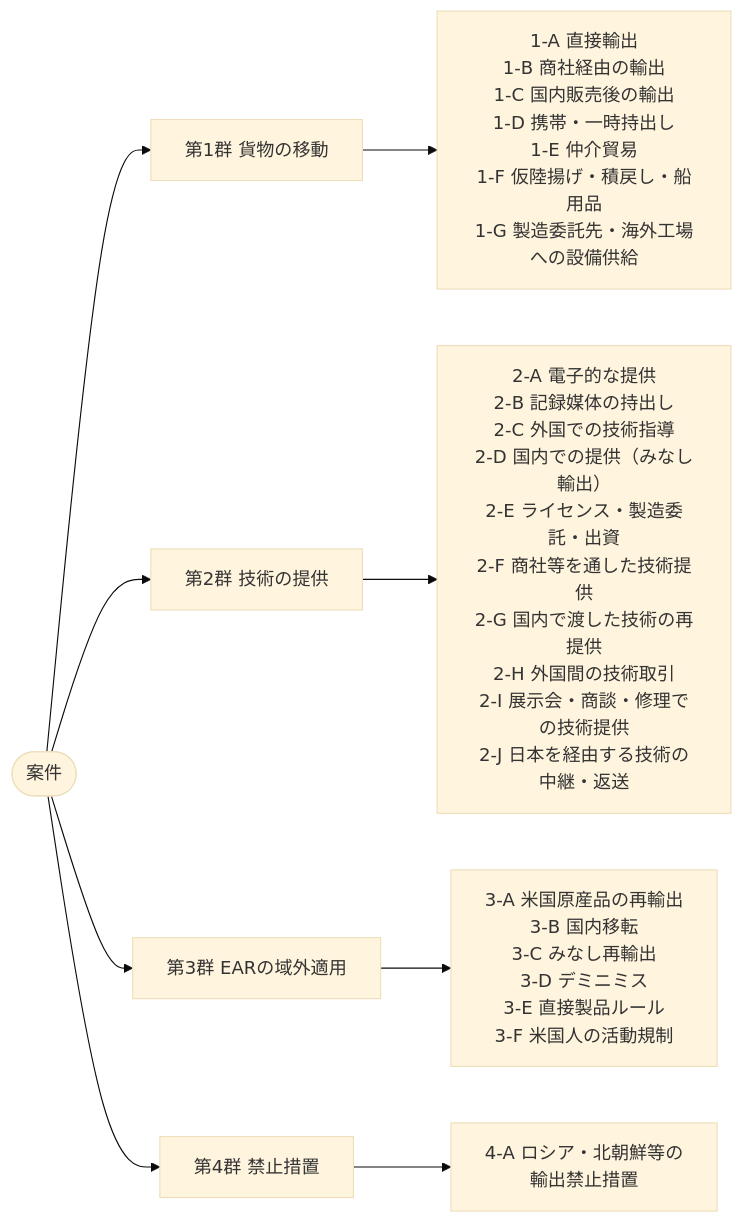
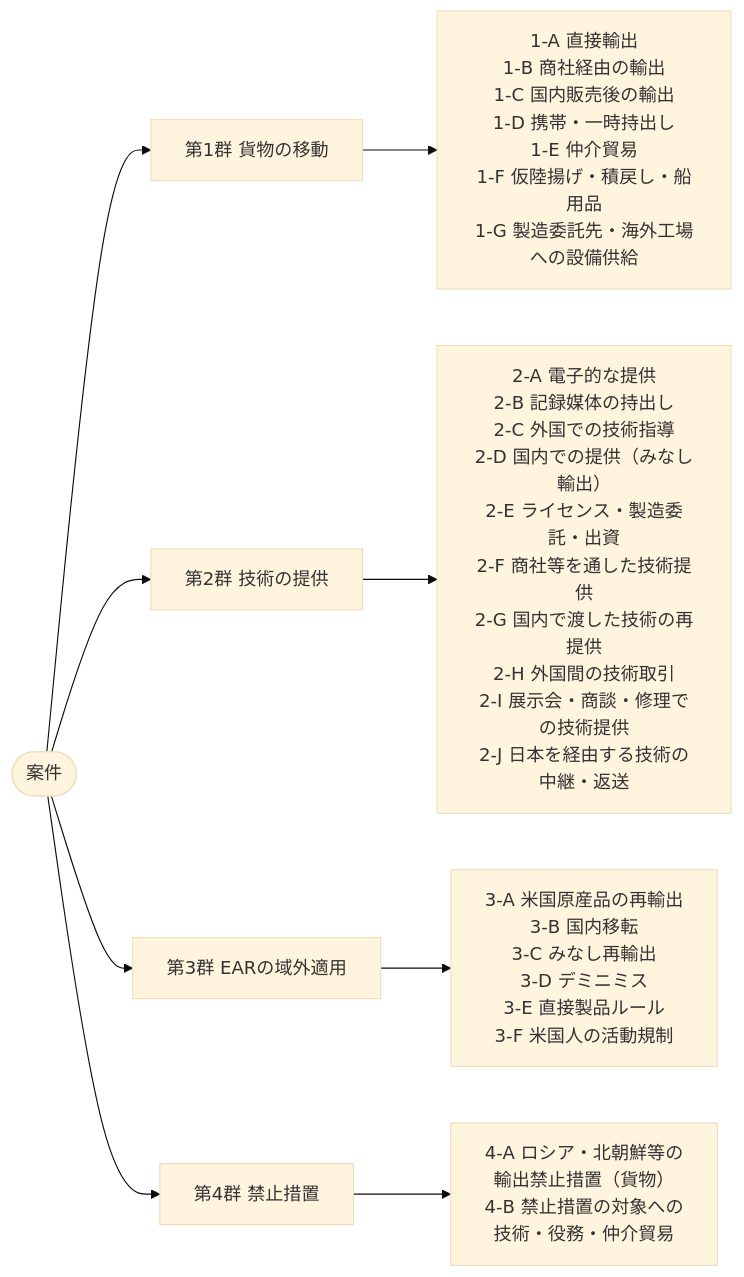
The first of 3 diagrams in content/ja/docs/01-overview/export-patterns/index.md (bamboo-go/export-control-hub), drawn with Mermaid (base theme) before and after one commit. The commit also changed other lines of this file, not shown here.

Commit message:
Add sanctions on technology and services as a case type and split the decision flow into FEFTA and EAR

````diff
--- a/content/ja/docs/01-overview/export-patterns/index.md
+++ b/content/ja/docs/01-overview/export-patterns/index.md
@@ -16,11 +16,11 @@
 ```mermaid
 flowchart LR
   R(["案件"]) --> G1["第1群 貨物の移動"]
   R --> G2["第2群 技術の提供"]
   R --> G3["第3群 EARの域外適用"]
   R --> G4["第4群 禁止措置"]
   G1 --> A1["1-A 直接輸出<br/>1-B 商社経由の輸出<br/>1-C 国内販売後の輸出<br/>1-D 携帯・一時持出し<br/>1-E 仲介貿易<br/>1-F 仮陸揚げ・積戻し・船用品<br/>1-G 製造委託先・海外工場への設備供給"]
   G2 --> A2["2-A 電子的な提供<br/>2-B 記録媒体の持出し<br/>2-C 外国での技術指導<br/>2-D 国内での提供（みなし輸出）<br/>2-E ライセンス・製造委託・出資<br/>2-F 商社等を通した技術提供<br/>2-G 国内で渡した技術の再提供<br/>2-H 外国間の技術取引<br/>2-I 展示会・商談・修理での技術提供<br/>2-J 日本を経由する技術の中継・返送"]
   G3 --> A3["3-A 米国原産品の再輸出<br/>3-B 国内移転<br/>3-C みなし再輸出<br/>3-D デミニミス<br/>3-E 直接製品ルール<br/>3-F 米国人の活動規制"]
-  G4 --> A4["4-A ロシア・北朝鮮等の<br/>輸出禁止措置"]
+  G4 --> A4["4-A ロシア・北朝鮮等の<br/>輸出禁止措置（貨物）<br/>4-B 禁止措置の対象への<br/>技術・役務・仲介貿易"]
 ```
````
